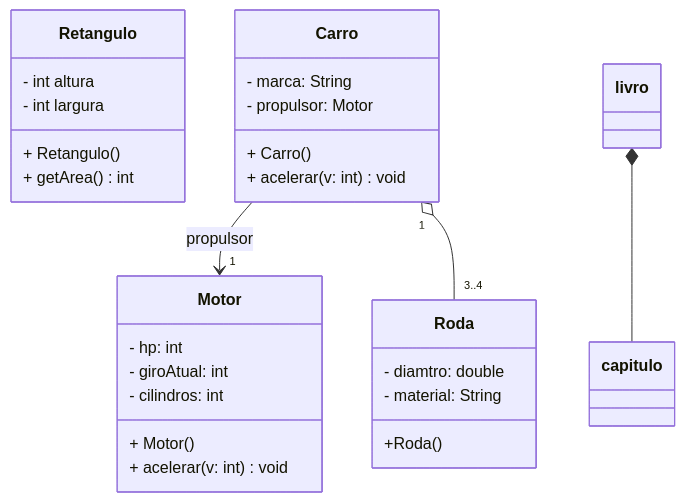
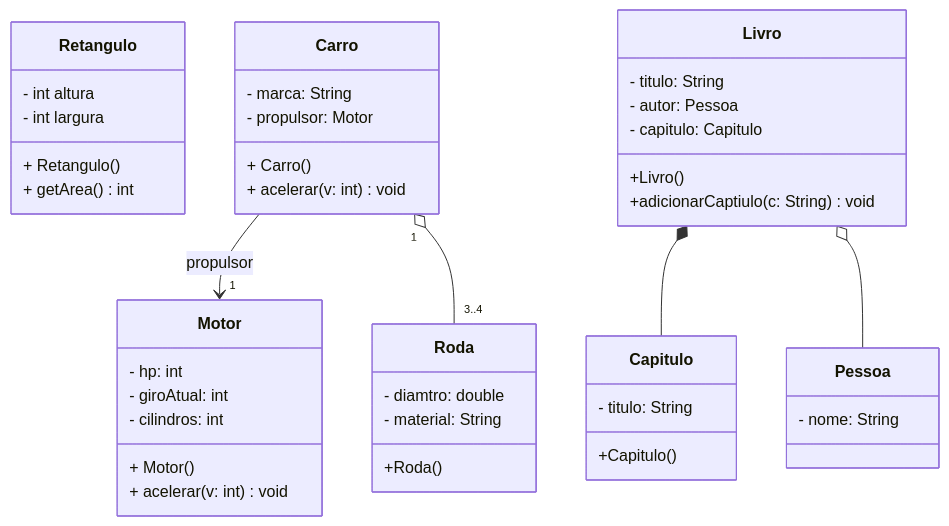
One commit to Aluno55/POO changed the diagram in aula-18/app/src/main/java/engtelecom/poo/README.md. Above: the diagram before and after it, drawn with Mermaid. The commit also changed 3 other files, not shown here.

````diff
--- a/aula-18/app/src/main/java/engtelecom/poo/README.md
+++ b/aula-18/app/src/main/java/engtelecom/poo/README.md
@@ -2,33 +2,48 @@
 ```mermaid
 classDiagram
 
     class Retangulo{
         - int altura
         - int largura
         + Retangulo ()    
         + getArea() int  
     }
     Carro -->"1"Motor : propulsor
     Carro "1"o--"3..4" Roda
 
     class Carro{
         - marca: String
         - propulsor: Motor
         + Carro()
         + acelerar(v: int) void
     }
     class Motor{
         - hp: int
         - giroAtual: int
         - cilindros: int
         + Motor()
         + acelerar(v: int) void
     }
     class Roda{
         - diamtro: double
         +Roda()
         - material: String
     }
 
-    livro *-- capitulo
+    Livro *-- Capitulo
+    Livro o-- Pessoa
+    class Livro{
+        - titulo: String
+        - autor: Pessoa
+        - capitulo: Capitulo
+        +Livro()
+        +adicionarCaptiulo(c: String) void
+    }
+    class Pessoa {
+        - nome: String
+    }
+    class Capitulo{
+        - titulo: String
+        +Capitulo()
+    }
 ```
````
